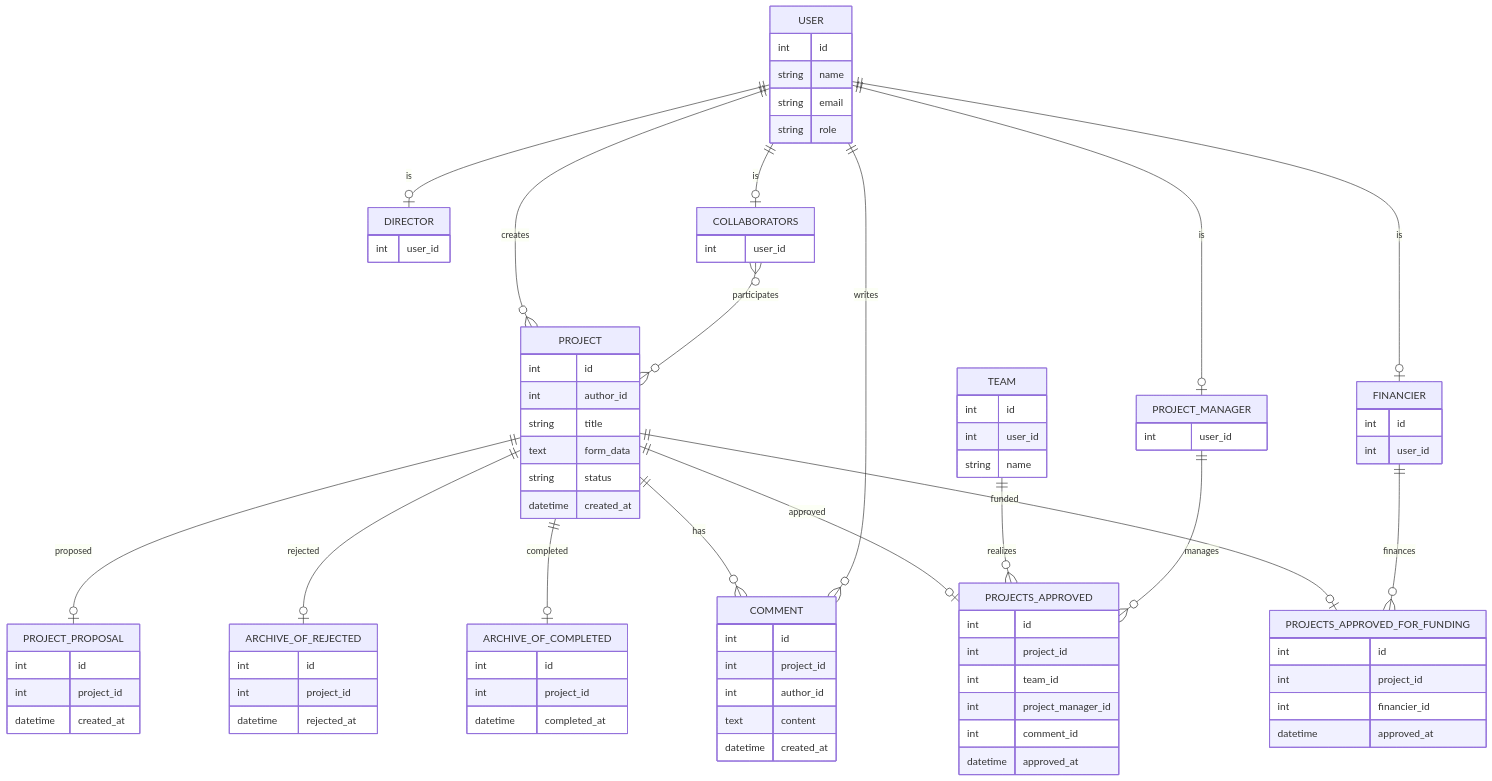
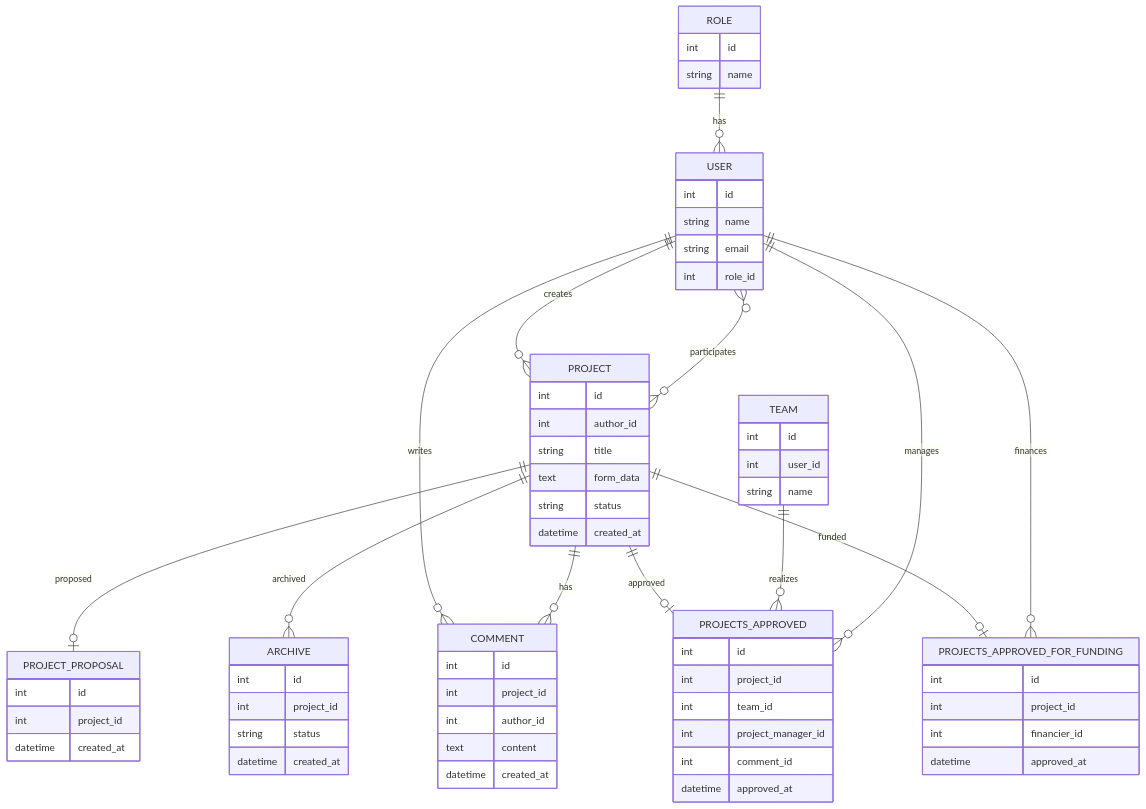
One commit to jobtrek/laravel-group-project changed the diagram in docs/mcd.mermaid. Above: the diagram before and after it, drawn with Mermaid. The commit also changed other lines of this file, not shown here.

Commit message:
fix: roles and archive
all roles have been moved into one role table
All tables for archives were combined into one table archives

```diff
--- a/docs/mcd.mermaid
+++ b/docs/mcd.mermaid
@@ -1,109 +1,87 @@
 erDiagram
 
+ROLE {
+    int id
+    string name
+}
 
 USER {
     int id
     string name
     string email
-    string role
-}
-
-DIRECTOR {
-    int user_id
-}
-
-COLLABORATORS {
-    int user_id
-}
-
-PROJECT_MANAGER {
-    int user_id
+    int role_id
 }
 
 TEAM {
     int id
     int user_id
     string name
-}
-
-FINANCIER {
-    int id
-    int user_id
 }
 
 PROJECT {
     int id
     int author_id
     string title
     text form_data
     string status
     datetime created_at
 }
 
 PROJECT_PROPOSAL {
     int id
     int project_id
     datetime created_at
 }
 
-ARCHIVE_OF_REJECTED {
+ARCHIVE {
     int id
     int project_id
-    datetime rejected_at
+    string status
+    datetime created_at
 }
 
 COMMENT {
     int id
     int project_id
     int author_id
     text content
     datetime created_at
 }
 
 PROJECTS_APPROVED_FOR_FUNDING {
     int id
     int project_id
     int financier_id
     datetime approved_at
 }
 
 PROJECTS_APPROVED {
     int id
     int project_id
     int team_id
     int project_manager_id
     int comment_id
     datetime approved_at
 }
 
-ARCHIVE_OF_COMPLETED {
-    int id
-    int project_id
-    datetime completed_at
-}
+%% ROLE relations
+ROLE ||--o{ USER : has
 
-USER ||--o| DIRECTOR : is
-USER ||--o| COLLABORATORS : is
-USER ||--o| PROJECT_MANAGER : is
-USER ||--o| FINANCIER : is
-
+%% USER relations
 USER ||--o{ PROJECT : creates
-
-COLLABORATORS }o--o{ PROJECT : participates
-
-PROJECT ||--o| PROJECT_PROPOSAL : proposed
-
-PROJECT ||--o| ARCHIVE_OF_REJECTED : rejected
-
-PROJECT ||--o| ARCHIVE_OF_COMPLETED : completed
-
-PROJECT ||--o{ COMMENT : has
 USER ||--o{ COMMENT : writes
 
+%% COLLABORATION
+USER }o--o{ PROJECT : participates
+
+%% PROJECT relations
+PROJECT ||--o| PROJECT_PROPOSAL : proposed
+PROJECT ||--o{ ARCHIVE : archived
+PROJECT ||--o{ COMMENT : has
 PROJECT ||--o| PROJECTS_APPROVED : approved
+PROJECT ||--o| PROJECTS_APPROVED_FOR_FUNDING : funded
 
+%% TEAM / APPROVAL
 TEAM ||--o{ PROJECTS_APPROVED : realizes
-PROJECT_MANAGER ||--o{ PROJECTS_APPROVED : manages
-
-PROJECT ||--o| PROJECTS_APPROVED_FOR_FUNDING : funded
-FINANCIER ||--o{ PROJECTS_APPROVED_FOR_FUNDING : finances
+USER ||--o{ PROJECTS_APPROVED : manages
+USER ||--o{ PROJECTS_APPROVED_FOR_FUNDING : finances
```
